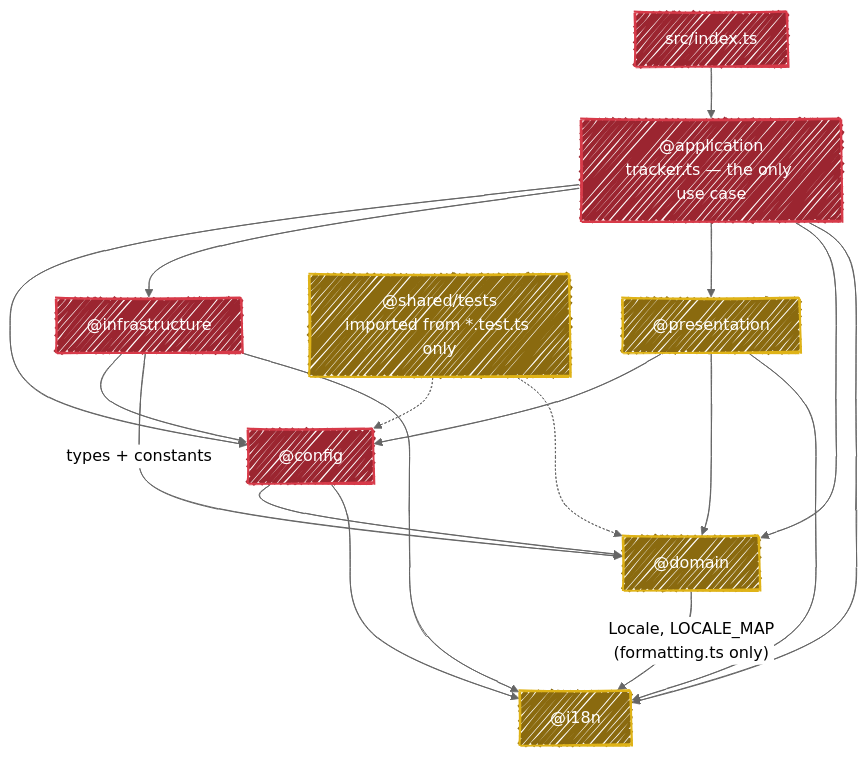
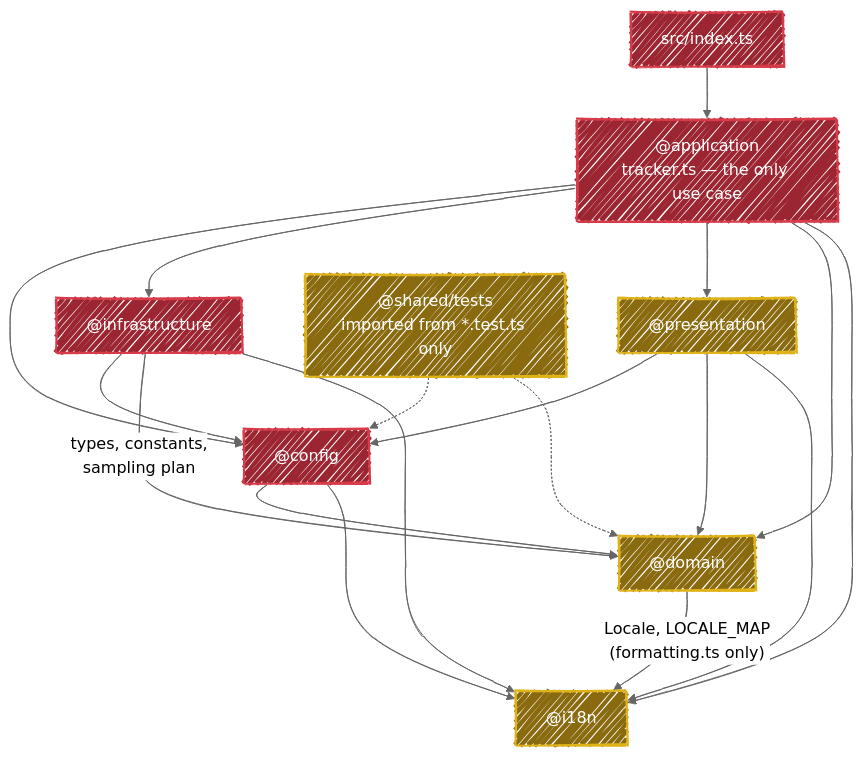
Before and after one commit to fbuireu/github-star-tracker: the diagram in ARCHITECTURE.md, drawn with Mermaid. The commit also changed other lines of this file and 8 other files, not shown here.

First line of the commit message:
refactor(domain): plan Smart Sampling outside the HTTP client

````diff
--- a/ARCHITECTURE.md
+++ b/ARCHITECTURE.md
@@ -15,33 +15,33 @@
 ```mermaid
 ---
 config:
   look: handDrawn
   theme: neutral
 ---
 flowchart TD
     idx["src/index.ts"] --> app["@application<br/>tracker.ts — the only use case"]
 
     app --> cfg["@config"]
     app --> infra["@infrastructure"]
     app --> pres["@presentation"]
     app --> dom["@domain"]
     app --> i18n["@i18n"]
 
     cfg --> dom
     cfg --> i18n
     pres --> cfg
     pres --> dom
     pres --> i18n
     infra --> cfg
-    infra -->|types + constants| dom
+    infra -->|types, constants,<br/>sampling plan| dom
     infra --> i18n
     dom -->|"Locale, LOCALE_MAP<br/>(formatting.ts only)"| i18n
 
     test["@shared/tests<br/>imported from *.test.ts only"] -.-> cfg
     test -.-> dom
 
     classDef pure fill:#8a6a0f,stroke:#dfb317,stroke-width:2px,color:#fff
     classDef shell fill:#9b2530,stroke:#d73a49,stroke-width:2px,color:#fff
     class dom,pres,i18n,test pure
     class idx,app,cfg,infra shell
 ```
````
